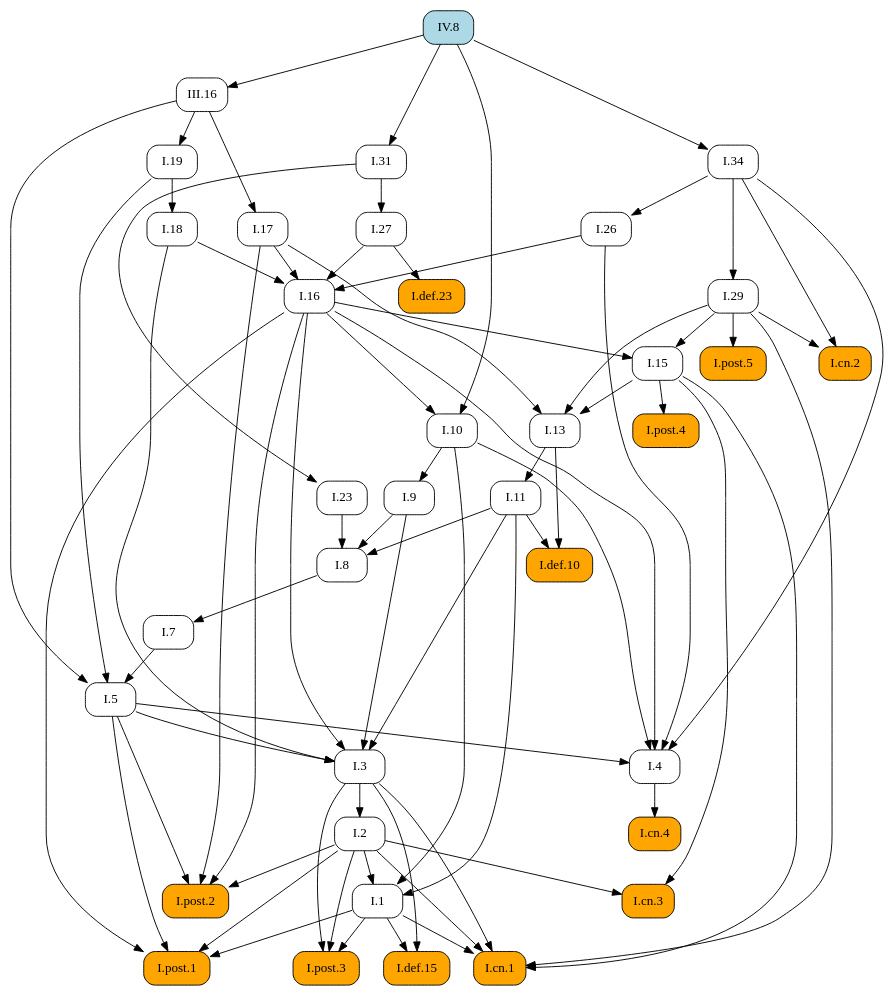
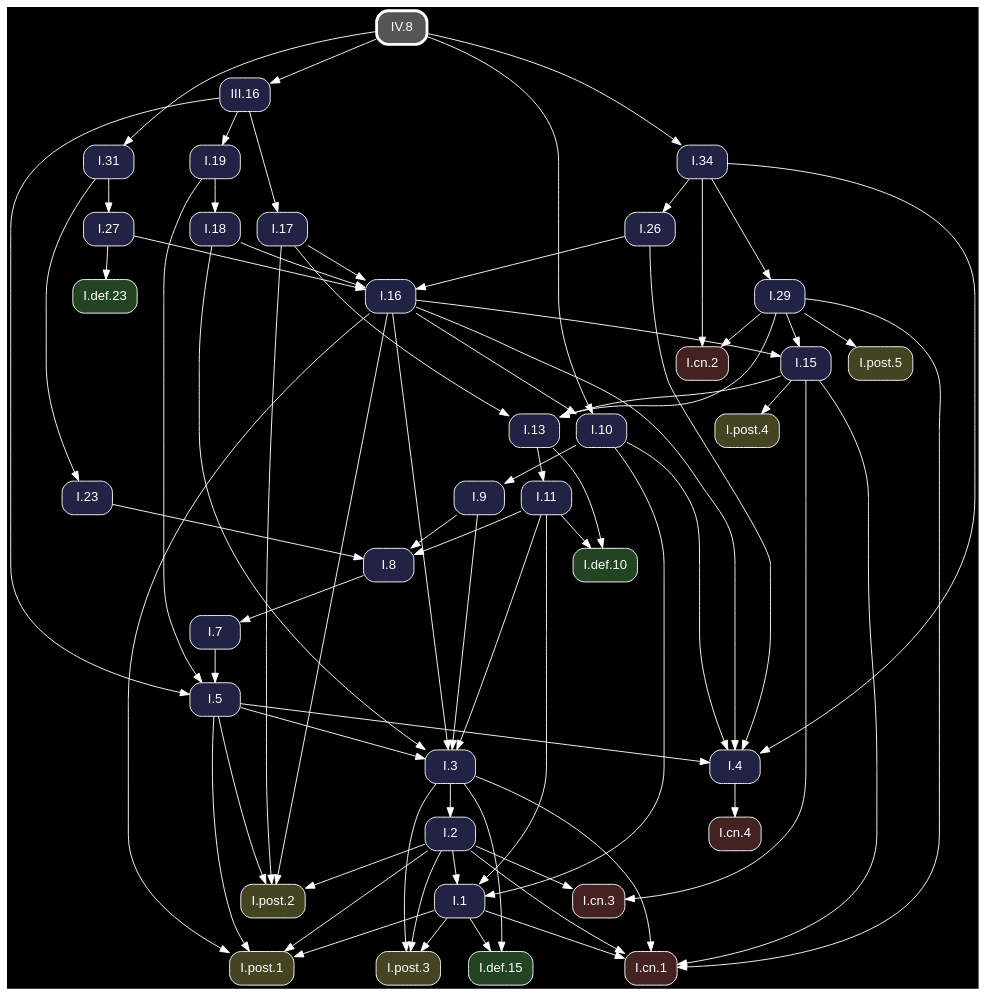
Before and after one commit to geometor/elements: the diagram in docsrc/heath/IV/8/index.rst, drawn with Graphviz. The commit also changed other lines of this file and 1200 other files, not shown here.

Commit message:
update dependency graphs

```diff
--- a/docsrc/heath/IV/8/index.rst
+++ b/docsrc/heath/IV/8/index.rst
@@ -61,63 +61,47 @@
 .. graphviz::
 
    digraph {
+     bgcolor="black";
+     node [shape=box, style="rounded,filled", fontname="Helvetica", color="white", fontcolor="white"];
+     edge [color="white", fontcolor="white"];
      rankdir="TB";
-     node [shape=box, style=rounded];
-     "I.23" [URL="/heath/I/23/", target="_top"];
-     "I.9" [URL="/heath/I/9/", target="_top"];
-     "IV.8" [style="rounded,filled", fillcolor=lightblue, URL="/heath/IV/8/", target="_top"];
-     "I.def.15" [style="rounded,filled", fillcolor=orange, URL="/heath/I/def.15/", target="_top"];
-     "I.post.3" [style="rounded,filled", fillcolor=orange, URL="/heath/I/post.3/", target="_top"];
-     "I.post.1" [style="rounded,filled", fillcolor=orange, URL="/heath/I/post.1/", target="_top"];
-     "I.19" [URL="/heath/I/19/", target="_top"];
-     "III.16" [URL="/heath/III/16/", target="_top"];
-     "I.31" [URL="/heath/I/31/", target="_top"];
-     "I.def.10" [style="rounded,filled", fillcolor=orange, URL="/heath/I/def.10/", target="_top"];
-     "I.18" [URL="/heath/I/18/", target="_top"];
-     "I.27" [URL="/heath/I/27/", target="_top"];
-     "I.34" [URL="/heath/I/34/", target="_top"];
-     "I.3" [URL="/heath/I/3/", target="_top"];
-     "I.cn.1" [style="rounded,filled", fillcolor=orange, URL="/heath/I/cn.1/", target="_top"];
-     "I.7" [URL="/heath/I/7/", target="_top"];
-     "I.2" [URL="/heath/I/2/", target="_top"];
-     "I.13" [URL="/heath/I/13/", target="_top"];
-     "I.post.4" [style="rounded,filled", fillcolor=orange, URL="/heath/I/post.4/", target="_top"];
-     "I.4" [URL="/heath/I/4/", target="_top"];
-     "I.1" [URL="/heath/I/1/", target="_top"];
-     "I.5" [URL="/heath/I/5/", target="_top"];
-     "I.17" [URL="/heath/I/17/", target="_top"];
-     "I.8" [URL="/heath/I/8/", target="_top"];
-     "I.29" [URL="/heath/I/29/", target="_top"];
-     "I.cn.3" [style="rounded,filled", fillcolor=orange, URL="/heath/I/cn.3/", target="_top"];
-     "I.16" [URL="/heath/I/16/", target="_top"];
-     "I.15" [URL="/heath/I/15/", target="_top"];
-     "I.10" [URL="/heath/I/10/", target="_top"];
-     "I.11" [URL="/heath/I/11/", target="_top"];
-     "I.def.23" [style="rounded,filled", fillcolor=orange, URL="/heath/I/def.23/", target="_top"];
-     "I.cn.2" [style="rounded,filled", fillcolor=orange, URL="/heath/I/cn.2/", target="_top"];
-     "I.post.5" [style="rounded,filled", fillcolor=orange, URL="/heath/I/post.5/", target="_top"];
-     "I.cn.4" [style="rounded,filled", fillcolor=orange, URL="/heath/I/cn.4/", target="_top"];
-     "I.post.2" [style="rounded,filled", fillcolor=orange, URL="/heath/I/post.2/", target="_top"];
-     "I.26" [URL="/heath/I/26/", target="_top"];
-     "I.31" -> "I.23";
-     "I.10" -> "I.9";
-     "I.1" -> "I.def.15";
-     "I.3" -> "I.def.15";
-     "I.1" -> "I.post.3";
-     "I.2" -> "I.post.3";
-     "I.3" -> "I.post.3";
-     "I.1" -> "I.post.1";
-     "I.2" -> "I.post.1";
-     "I.5" -> "I.post.1";
-     "I.16" -> "I.post.1";
-     "III.16" -> "I.19";
-     "IV.8" -> "III.16";
+     "I.31" [fillcolor="#222244", URL="/heath/I/31/", target="_top"];
+     "I.3" [fillcolor="#222244", URL="/heath/I/3/", target="_top"];
+     "I.cn.1" [fillcolor="#442222", URL="/heath/I/cn.1/", target="_top"];
+     "I.19" [fillcolor="#222244", URL="/heath/I/19/", target="_top"];
+     "I.def.10" [fillcolor="#224422", URL="/heath/I/def.10/", target="_top"];
+     "I.15" [fillcolor="#222244", URL="/heath/I/15/", target="_top"];
+     "I.13" [fillcolor="#222244", URL="/heath/I/13/", target="_top"];
+     "I.27" [fillcolor="#222244", URL="/heath/I/27/", target="_top"];
+     "I.2" [fillcolor="#222244", URL="/heath/I/2/", target="_top"];
+     "I.cn.2" [fillcolor="#442222", URL="/heath/I/cn.2/", target="_top"];
+     "I.9" [fillcolor="#222244", URL="/heath/I/9/", target="_top"];
+     "I.1" [fillcolor="#222244", URL="/heath/I/1/", target="_top"];
+     "I.post.5" [fillcolor="#444422", URL="/heath/I/post.5/", target="_top"];
+     "III.16" [fillcolor="#222244", URL="/heath/III/16/", target="_top"];
+     "I.23" [fillcolor="#222244", URL="/heath/I/23/", target="_top"];
+     "I.post.4" [fillcolor="#444422", URL="/heath/I/post.4/", target="_top"];
+     "I.26" [fillcolor="#222244", URL="/heath/I/26/", target="_top"];
+     "I.8" [fillcolor="#222244", URL="/heath/I/8/", target="_top"];
+     "I.4" [fillcolor="#222244", URL="/heath/I/4/", target="_top"];
+     "I.7" [fillcolor="#222244", URL="/heath/I/7/", target="_top"];
+     "I.5" [fillcolor="#222244", URL="/heath/I/5/", target="_top"];
+     "I.10" [fillcolor="#222244", URL="/heath/I/10/", target="_top"];
+     "I.post.1" [fillcolor="#444422", URL="/heath/I/post.1/", target="_top"];
+     "IV.8" [penwidth=3, color="white", fillcolor="#555555", URL="/heath/IV/8/", target="_top"];
+     "I.11" [fillcolor="#222244", URL="/heath/I/11/", target="_top"];
+     "I.16" [fillcolor="#222244", URL="/heath/I/16/", target="_top"];
+     "I.cn.3" [fillcolor="#442222", URL="/heath/I/cn.3/", target="_top"];
+     "I.29" [fillcolor="#222244", URL="/heath/I/29/", target="_top"];
+     "I.post.2" [fillcolor="#444422", URL="/heath/I/post.2/", target="_top"];
+     "I.cn.4" [fillcolor="#442222", URL="/heath/I/cn.4/", target="_top"];
+     "I.def.23" [fillcolor="#224422", URL="/heath/I/def.23/", target="_top"];
+     "I.post.3" [fillcolor="#444422", URL="/heath/I/post.3/", target="_top"];
+     "I.18" [fillcolor="#222244", URL="/heath/I/18/", target="_top"];
+     "I.34" [fillcolor="#222244", URL="/heath/I/34/", target="_top"];
+     "I.def.15" [fillcolor="#224422", URL="/heath/I/def.15/", target="_top"];
+     "I.17" [fillcolor="#222244", URL="/heath/I/17/", target="_top"];
      "IV.8" -> "I.31";
-     "I.11" -> "I.def.10";
-     "I.13" -> "I.def.10";
-     "I.19" -> "I.18";
-     "I.31" -> "I.27";
-     "IV.8" -> "I.34";
      "I.5" -> "I.3";
      "I.9" -> "I.3";
      "I.11" -> "I.3";
@@ -128,47 +112,65 @@
      "I.3" -> "I.cn.1";
      "I.15" -> "I.cn.1";
      "I.29" -> "I.cn.1";
-     "I.8" -> "I.7";
-     "I.3" -> "I.2";
+     "III.16" -> "I.19";
+     "I.11" -> "I.def.10";
+     "I.13" -> "I.def.10";
+     "I.16" -> "I.15";
+     "I.29" -> "I.15";
      "I.15" -> "I.13";
      "I.17" -> "I.13";
      "I.29" -> "I.13";
+     "I.31" -> "I.27";
+     "I.3" -> "I.2";
+     "I.29" -> "I.cn.2";
+     "I.34" -> "I.cn.2";
+     "I.10" -> "I.9";
+     "I.2" -> "I.1";
+     "I.10" -> "I.1";
+     "I.11" -> "I.1";
+     "I.29" -> "I.post.5";
+     "IV.8" -> "III.16";
+     "I.31" -> "I.23";
      "I.15" -> "I.post.4";
+     "I.34" -> "I.26";
+     "I.9" -> "I.8";
+     "I.11" -> "I.8";
+     "I.23" -> "I.8";
      "I.5" -> "I.4";
      "I.10" -> "I.4";
      "I.16" -> "I.4";
      "I.26" -> "I.4";
      "I.34" -> "I.4";
-     "I.2" -> "I.1";
-     "I.10" -> "I.1";
-     "I.11" -> "I.1";
+     "I.8" -> "I.7";
      "I.7" -> "I.5";
      "I.19" -> "I.5";
      "III.16" -> "I.5";
-     "III.16" -> "I.17";
-     "I.9" -> "I.8";
-     "I.11" -> "I.8";
-     "I.23" -> "I.8";
-     "I.34" -> "I.29";
-     "I.2" -> "I.cn.3";
-     "I.15" -> "I.cn.3";
+     "I.16" -> "I.10";
+     "IV.8" -> "I.10";
+     "I.1" -> "I.post.1";
+     "I.2" -> "I.post.1";
+     "I.5" -> "I.post.1";
+     "I.16" -> "I.post.1";
+     "I.13" -> "I.11";
      "I.17" -> "I.16";
      "I.18" -> "I.16";
      "I.26" -> "I.16";
      "I.27" -> "I.16";
-     "I.16" -> "I.15";
-     "I.29" -> "I.15";
-     "I.16" -> "I.10";
-     "IV.8" -> "I.10";
-     "I.13" -> "I.11";
-     "I.27" -> "I.def.23";
-     "I.29" -> "I.cn.2";
-     "I.34" -> "I.cn.2";
-     "I.29" -> "I.post.5";
-     "I.4" -> "I.cn.4";
+     "I.2" -> "I.cn.3";
+     "I.15" -> "I.cn.3";
+     "I.34" -> "I.29";
      "I.2" -> "I.post.2";
      "I.5" -> "I.post.2";
      "I.16" -> "I.post.2";
      "I.17" -> "I.post.2";
-     "I.34" -> "I.26";
+     "I.4" -> "I.cn.4";
+     "I.27" -> "I.def.23";
+     "I.1" -> "I.post.3";
+     "I.2" -> "I.post.3";
+     "I.3" -> "I.post.3";
+     "I.19" -> "I.18";
+     "IV.8" -> "I.34";
+     "I.1" -> "I.def.15";
+     "I.3" -> "I.def.15";
+     "III.16" -> "I.17";
    }
```
